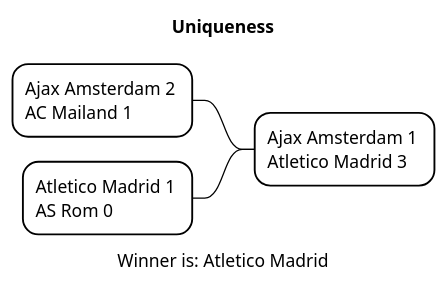
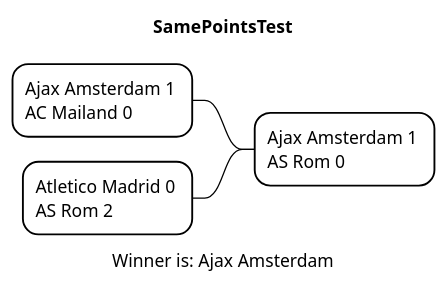
One commit to htl-leonding-project/2022-4ahif-autohaus changed the diagram in asciidocs/plantuml/Result.puml. Above: the diagram before and after it, drawn with PlantUML. The commit also changed 4 other files, not shown here.

```diff
--- a/asciidocs/plantuml/Result.puml
+++ b/asciidocs/plantuml/Result.puml
@@ -1,19 +1,19 @@
-@startmindmap Uniqueness.png
+@startmindmap SamePointsTest.png
     <style>
     mindmapDiagram{
         node{
             BackgroundColor White
 
         }
         LineColor Black
     }
     </style>
-title Uniqueness
+title SamePointsTest
 
-- Ajax Amsterdam 1 \nAtletico Madrid 3
+- Ajax Amsterdam 1 \nAS Rom 0
 
--- Ajax Amsterdam 2 \nAC Mailand 1
+-- Ajax Amsterdam 1 \nAC Mailand 0
 
--- Atletico Madrid 1 \nAS Rom 0
-caption Winner is: Atletico Madrid
+-- Atletico Madrid 0 \nAS Rom 2
+caption Winner is: Ajax Amsterdam
 @endmindmap
```
